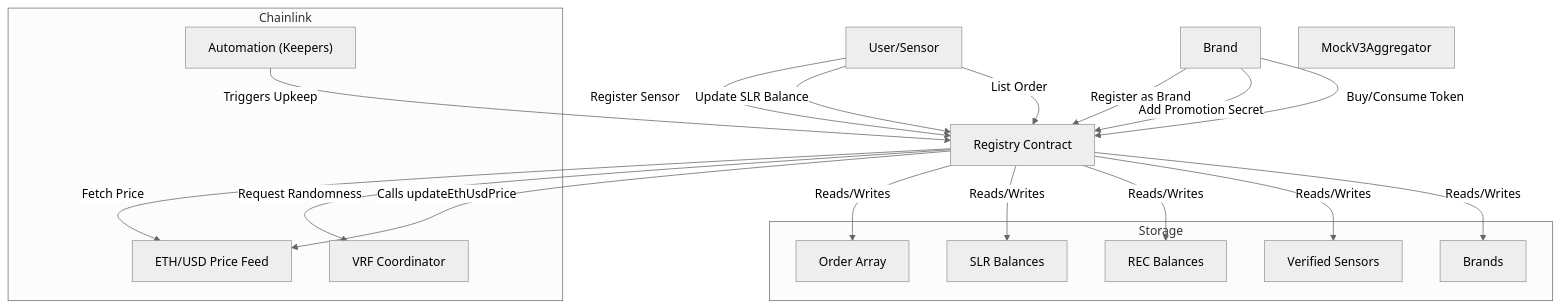
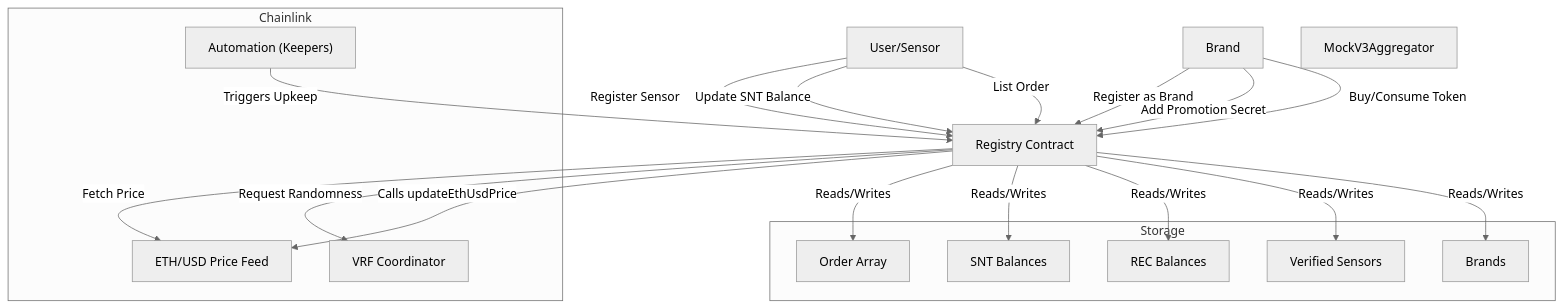
One commit to akashbiswas0/solarnetv1 changed the diagram in documentation.md. Above: the diagram before and after it, drawn with Mermaid (neutral theme). The commit also changed other lines of this file, not shown here.

````diff
--- a/documentation.md
+++ b/documentation.md
@@ -48,39 +48,39 @@
 ```mermaid
 flowchart TD
     subgraph Chainlink
         PriceFeed["ETH/USD Price Feed"]
         VRF["VRF Coordinator"]
         Keeper["Automation (Keepers)"]
     end
 
     User1["User/Sensor"]
     Brand["Brand"]
     Registry["Registry Contract"]
     MockFeed["MockV3Aggregator"]
 
     User1 -- Register Sensor --> Registry
-    User1 -- Update SLR Balance --> Registry
+    User1 -- Update SNT Balance --> Registry
     Brand -- Register as Brand --> Registry
     Brand -- Add Promotion Secret --> Registry
     User1 -- List Order --> Registry
     Brand -- Buy/Consume Token --> Registry
 
     Registry -- Fetch Price --> PriceFeed
     Registry -- Request Randomness --> VRF
     Keeper -- Triggers Upkeep --> Registry
     Registry -- Calls updateEthUsdPrice --> PriceFeed
 
     subgraph Storage
         Orders["Order Array"]
-        SLR["SLR Balances"]
+        SNT["SNT Balances"]
         RECs["REC Balances"]
         Sensors["Verified Sensors"]
         Brands["Brands"]
     end
 
     Registry -- Reads/Writes --> Orders
-    Registry -- Reads/Writes --> SLR
+    Registry -- Reads/Writes --> SNT
     Registry -- Reads/Writes --> RECs
     Registry -- Reads/Writes --> Sensors
     Registry -- Reads/Writes --> Brands
 ```
````
